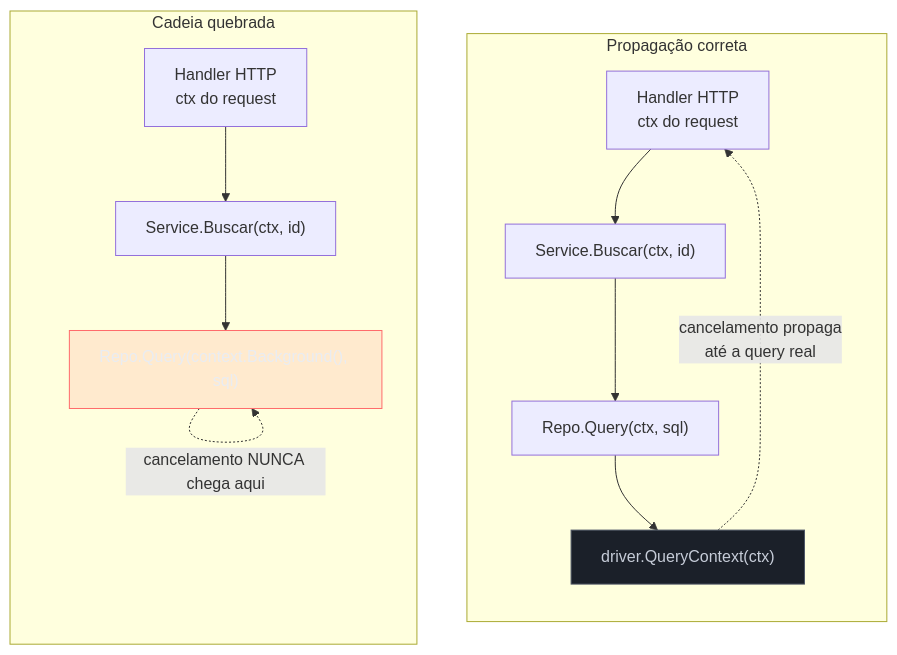
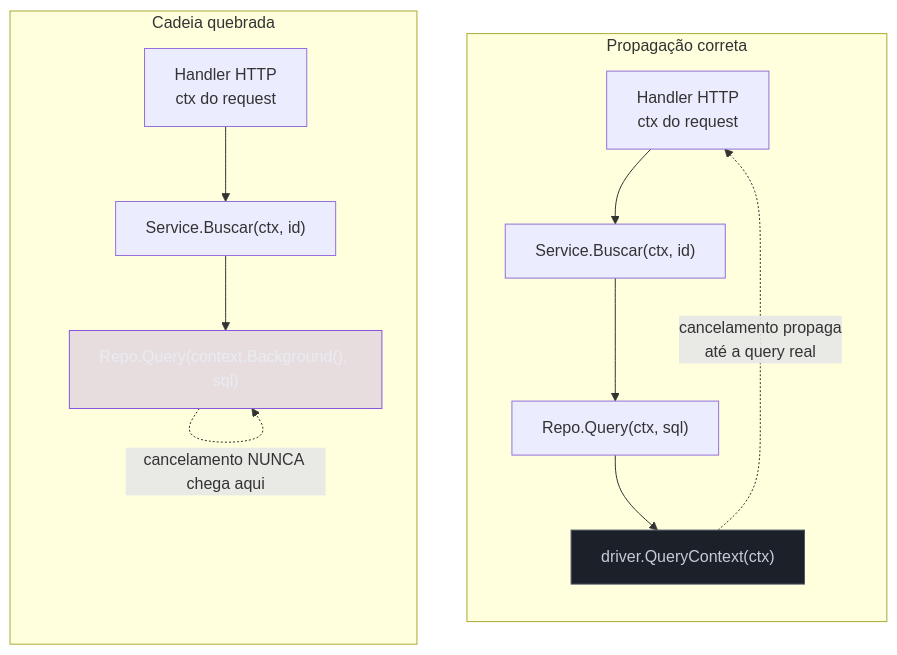
One commit to josenaldo/codex-technomanticus changed the first of 4 diagrams in 03-Dominios/Tecnologia/Go/09 - Sincronização e context/07 - Padrões de cancelamento e timeout.md. Above: the diagram before and after it, drawn with Mermaid. The commit also changed 601 other files, not shown here.

````diff
--- a/03-Dominios/Tecnologia/Go/09 - Sincronização e context/07 - Padrões de cancelamento e timeout.md
+++ b/03-Dominios/Tecnologia/Go/09 - Sincronização e context/07 - Padrões de cancelamento e timeout.md
@@ -48,21 +48,21 @@
 ```mermaid
 flowchart TB
+    classDef marca fill:#8855DF33,stroke:#8855DF,color:#E9ECF2
     classDef neutro fill:#1B2029,stroke:#4E5666,color:#C6CCD8
-    classDef falha fill:#FF6B6B24,stroke:#FF6B6B,color:#E9ECF2
     subgraph Certo["Propagação correta"]
         direction TB
         A1["Handler HTTP\nctx do request"] --> A2["Service.Buscar(ctx, id)"]
         A2 --> A3["Repo.Query(ctx, sql)"]
         A3 --> A4["driver.QueryContext(ctx)"]
         A4 -.->|"cancelamento propaga\naté a query real"| A1
     end
     subgraph Errado["Cadeia quebrada"]
         direction TB
         B1["Handler HTTP\nctx do request"] --> B2["Service.Buscar(ctx, id)"]
         B2 --> B3["Repo.Query(context.Background(), sql)"]
         B3 -.->|"cancelamento NUNCA chega aqui"| B3
     end
 
     class A4 neutro
-    class B3 falha
+    class B3 marca
 ```
````
